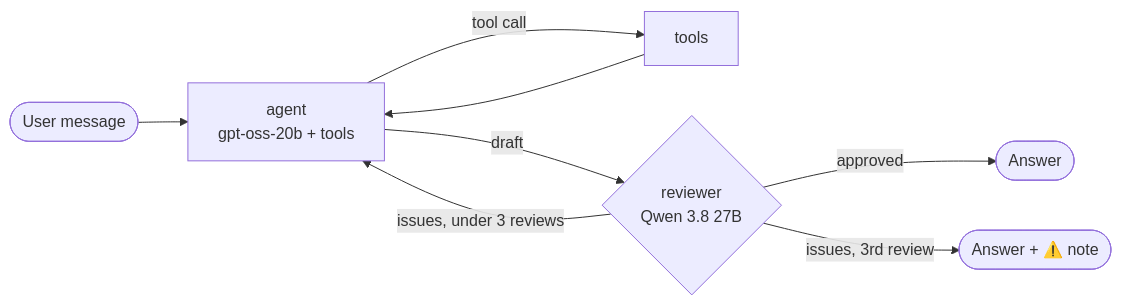
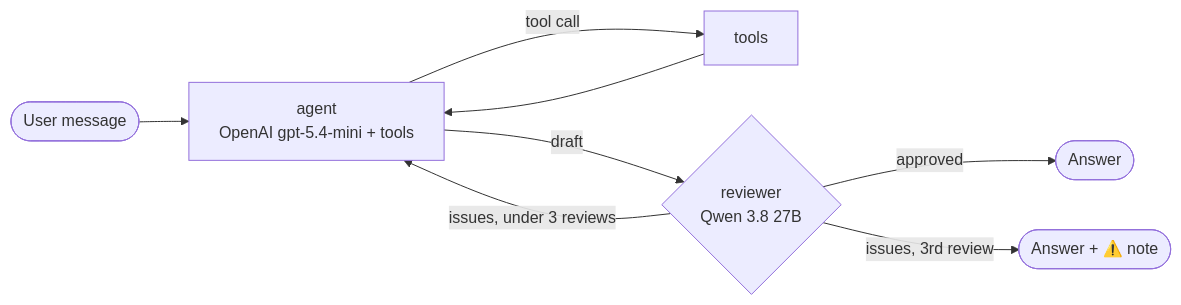
Before and after one commit to lioka0099/Travel_Assistant: the diagram in README.md, drawn with Mermaid. The commit also changed other lines of this file and 6 other files, not shown here.

First line of the commit message:
Move the agent to OpenAI gpt-5.4-mini and cap review output

````diff
--- a/README.md
+++ b/README.md
@@ -11,10 +11,10 @@
 ```mermaid
 flowchart LR
-    U([User message]) --> A[agent<br/>gpt-oss-20b + tools]
+    U([User message]) --> A[agent<br/>OpenAI gpt-5.4-mini + tools]
     A -- tool call --> T[tools]
     T --> A
     A -- draft --> R{reviewer<br/>Qwen 3.8 27B}
     R -- approved --> F([Answer])
     R -- "issues, under 3 reviews" --> A
     R -- "issues, 3rd review" --> N([Answer + ⚠️ note])
 ```
````
